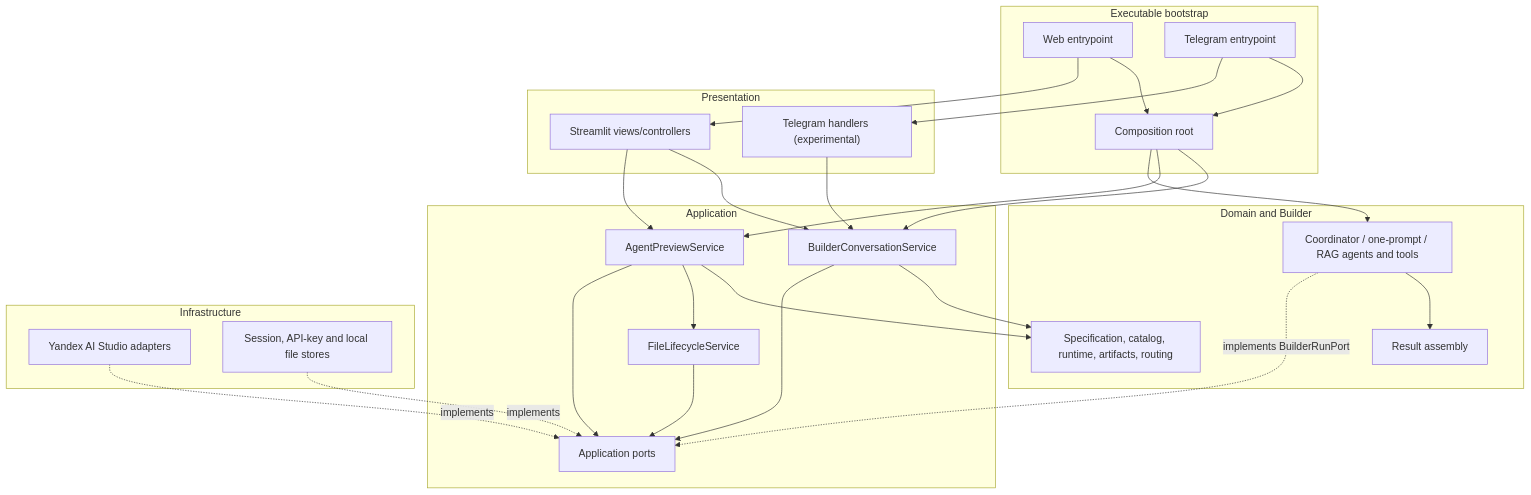
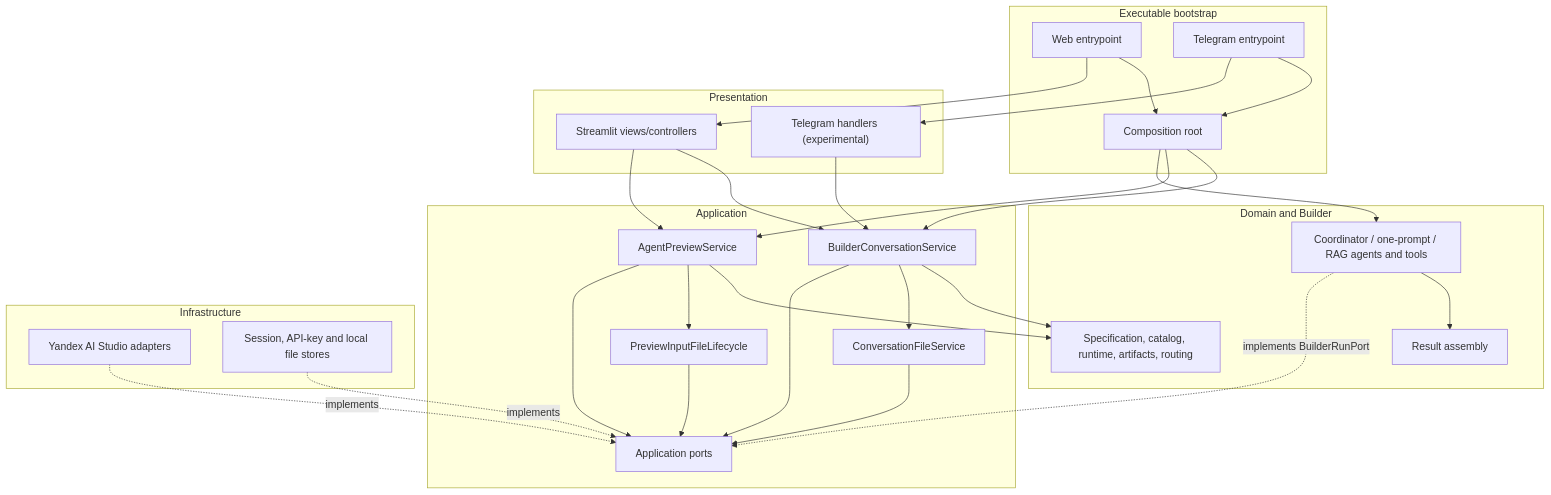
Before and after one commit to krevetka-is-afk/llm-agent-for-ai-studio: the diagram in docs/architecture/container-view.md, drawn with Mermaid. The commit also changed 14 other files, not shown here.

````diff
--- a/docs/architecture/container-view.md
+++ b/docs/architecture/container-view.md
@@ -5,52 +5,55 @@
 ```mermaid
 flowchart TB
     subgraph bootstrap["Executable bootstrap"]
         web_entry["Web entrypoint"]
         telegram_entry["Telegram entrypoint"]
         composition["Composition root"]
     end
 
     subgraph presentation["Presentation"]
         web["Streamlit views/controllers"]
         telegram["Telegram handlers (experimental)"]
     end
 
     subgraph application["Application"]
         builder_service["BuilderConversationService"]
         preview_service["AgentPreviewService"]
-        file_service["FileLifecycleService"]
+        conversation_files["ConversationFileService"]
+        preview_input_files["PreviewInputFileLifecycle"]
         ports["Application ports"]
     end
 
     subgraph core["Domain and Builder"]
         domain["Specification, catalog, runtime, artifacts, routing"]
         agents["Coordinator / one-prompt / RAG agents and tools"]
         assembly["Result assembly"]
     end
 
     subgraph infrastructure["Infrastructure"]
         yandex["Yandex AI Studio adapters"]
         persistence["Session, API-key and local file stores"]
     end
 
     web_entry --> composition
     web_entry --> web
     telegram_entry --> composition
     telegram_entry --> telegram
     composition --> builder_service
     composition --> preview_service
     composition --> agents
     web --> builder_service
     web --> preview_service
     telegram --> builder_service
     builder_service --> domain
     preview_service --> domain
-    preview_service --> file_service
+    preview_service --> preview_input_files
+    builder_service --> conversation_files
     builder_service --> ports
     preview_service --> ports
-    file_service --> ports
+    conversation_files --> ports
+    preview_input_files --> ports
     agents --> assembly
     agents -. "implements BuilderRunPort" .-> ports
     yandex -. "implements" .-> ports
     persistence -. "implements" .-> ports
 ```
````
